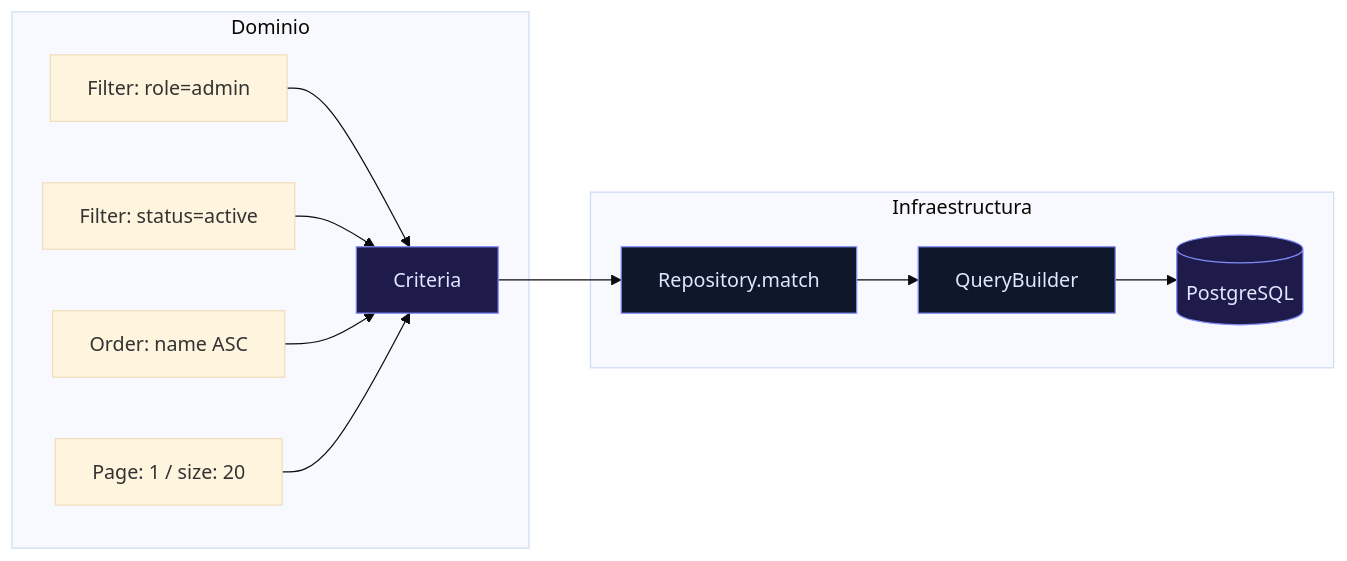
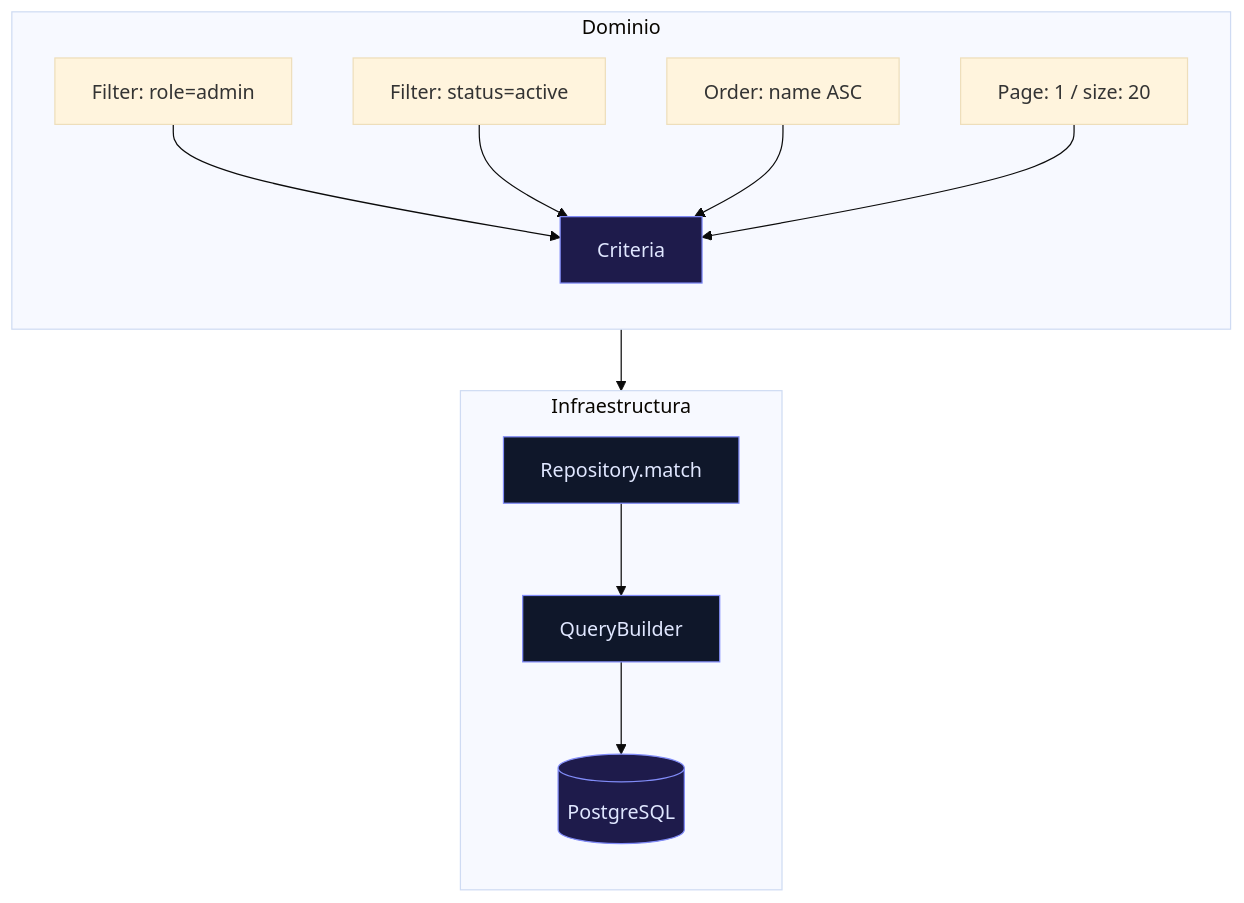
The diagram in src/content/blog/05-criteria-filtros-dinamicos-paginacion-ddd.md (AbrahamVilchesDeLaCruz/porfolio-neon-astro), drawn with Mermaid (base theme) before and after one commit. The commit also changed other lines of this file and 7 other files, not shown here.

Commit message:
Refactor blog posts for clarity and consistency in language; update titles and descriptions, improve flowcharts, and enhance readability. Add new article on the relationship between testability and observability in software design.

````diff
--- a/src/content/blog/05-criteria-filtros-dinamicos-paginacion-ddd.md
+++ b/src/content/blog/05-criteria-filtros-dinamicos-paginacion-ddd.md
@@ -73,28 +73,31 @@
 ```mermaid
-flowchart LR
+flowchart TB
     subgraph Dominio
+        direction TB
         F1[Filter: role=admin]
         F2[Filter: status=active]
         O[Order: name ASC]
         P[Page: 1 / size: 20]
         C[Criteria]
         F1 --> C
         F2 --> C
         O --> C
         P --> C
     end
 
     subgraph Infraestructura
+        direction TB
         R[Repository.match]
         QB[QueryBuilder]
         DB[(PostgreSQL)]
-        C --> R
         R --> QB
         QB --> DB
     end
+
+    C --> R
 
     style C fill:#1e1b4b,stroke:#818cf8,color:#e0e7ff
     style R fill:#0f172a,stroke:#818cf8,color:#e0e7ff
     style QB fill:#0f172a,stroke:#818cf8,color:#e0e7ff
     style DB fill:#1e1b4b,stroke:#818cf8,color:#e0e7ff
 ```
````
